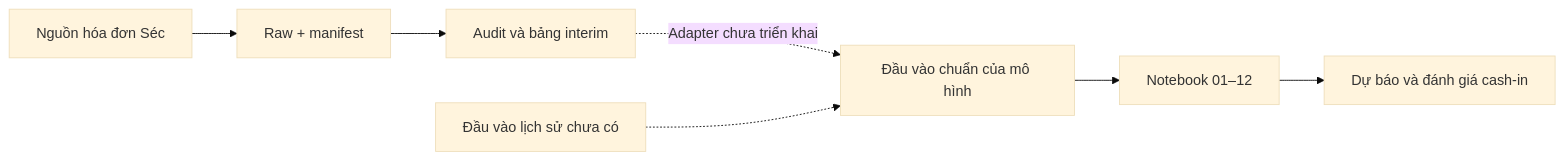
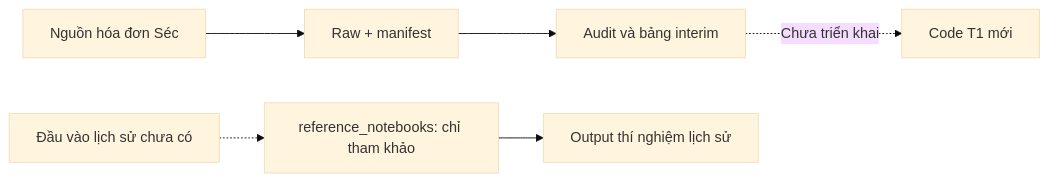
Before and after one commit to Khanhhh239/Multi-Agent-Finance: the diagram in docs/project-overview.md, drawn with Mermaid (base theme). The commit also changed other lines of this file and 35 other files, not shown here.

Commit message:
Update reference notebooks of T1

````diff
--- a/docs/project-overview.md
+++ b/docs/project-overview.md
@@ -21,9 +22,8 @@
 ```mermaid
 flowchart LR
     S[Nguồn hóa đơn Séc] --> R[Raw + manifest]
     R --> A[Audit và bảng interim]
-    A -. Adapter chưa triển khai .-> I[Đầu vào chuẩn của mô hình]
-    H[Đầu vào lịch sử chưa có] -.-> I
-    I --> N[Notebook 01–12]
-    N --> O[Dự báo và đánh giá cash-in]
+    A -. Chưa triển khai .-> T[Code T1 mới]
+    H[Đầu vào lịch sử chưa có] -.-> N[reference_notebooks: chỉ tham khảo]
+    N --> O[Output thí nghiệm lịch sử]
 ```
````
